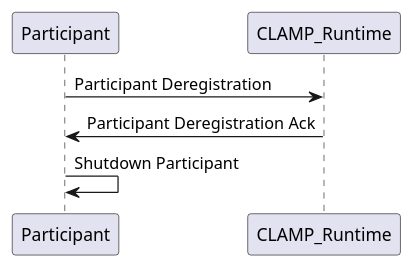
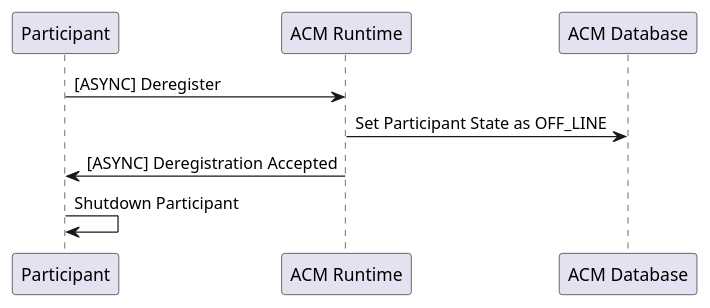
One commit to onap/policy-parent changed the diagram in docs/clamp/acm/api-protocol/puml/ParticipantDeregister.puml. Above: the diagram before and after it, drawn with PlantUML. The commit also changed 7 other files, not shown here.

```diff
--- a/docs/clamp/acm/api-protocol/puml/ParticipantDeregister.puml
+++ b/docs/clamp/acm/api-protocol/puml/ParticipantDeregister.puml
@@ -1,5 +1,6 @@
 @startuml
-Participant -> CLAMP_Runtime: Participant Deregistration
-Participant <- CLAMP_Runtime: Participant Deregistration Ack
+Participant -> "ACM Runtime": [ASYNC] Deregister
+"ACM Runtime" -> "ACM Database": Set Participant State as OFF_LINE
+Participant <- "ACM Runtime": [ASYNC] Deregistration Accepted
 Participant -> Participant: Shutdown Participant
 @enduml
```
